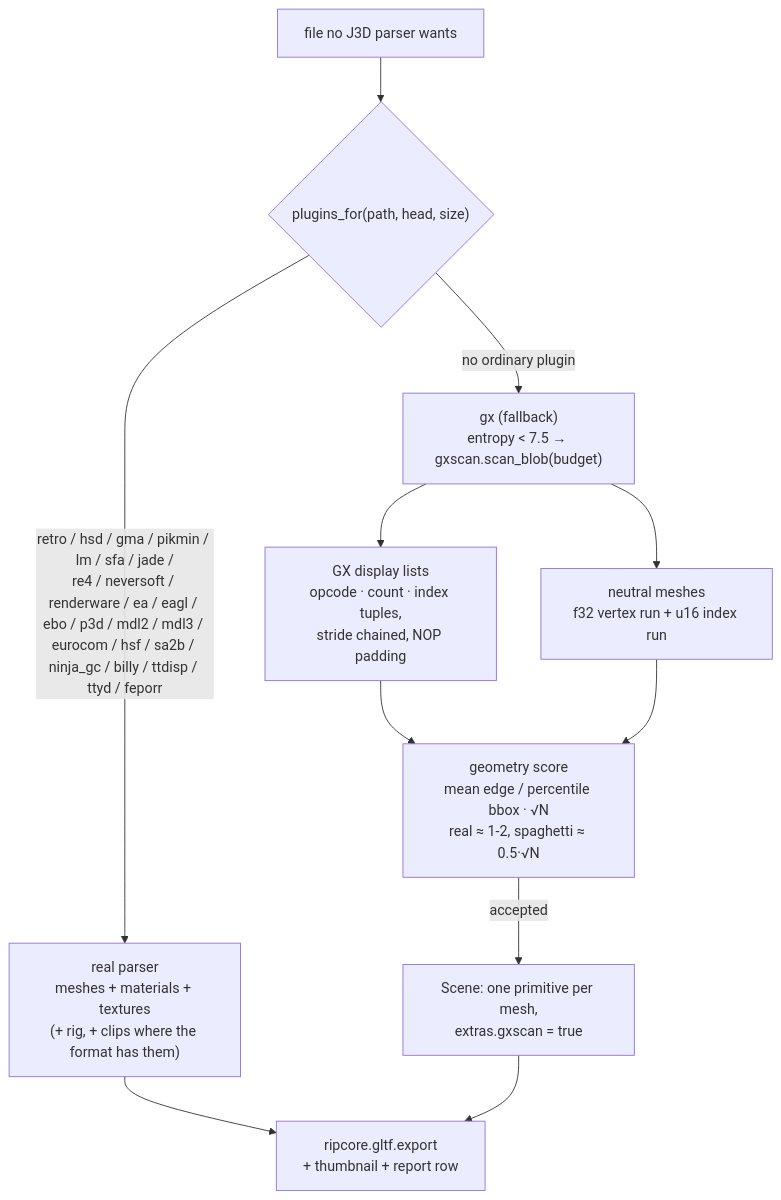
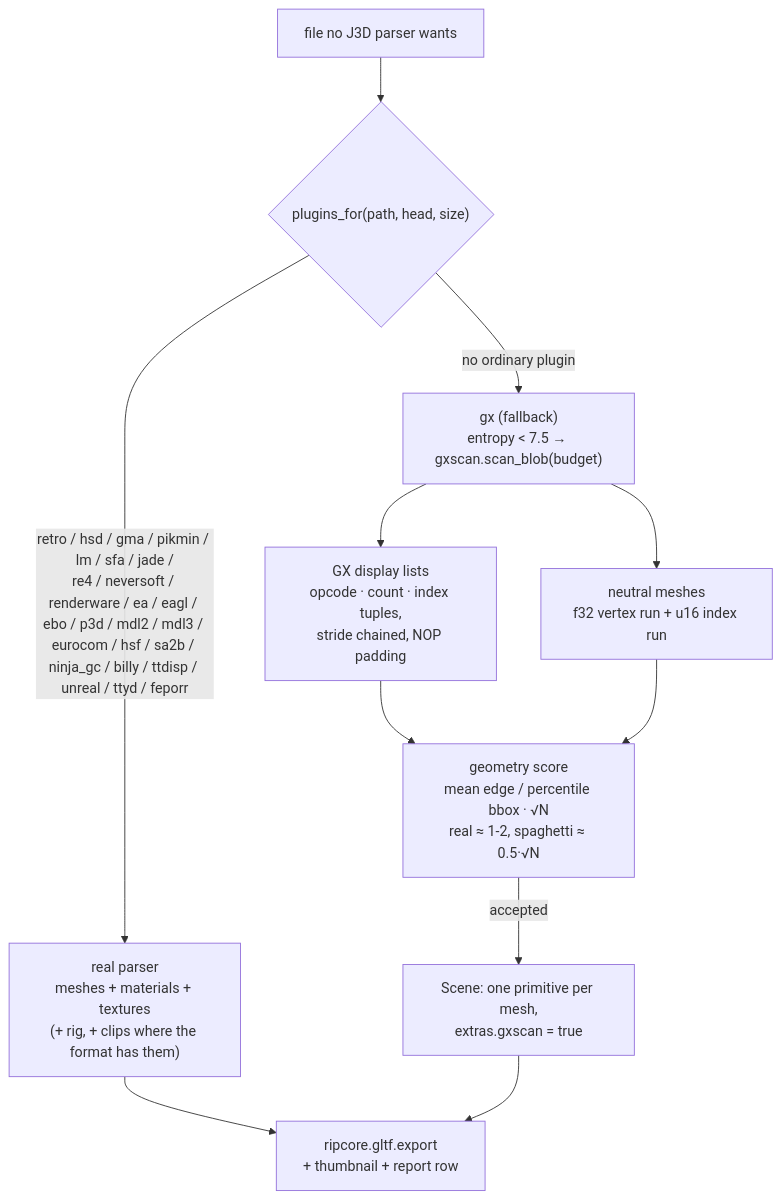
Before and after one commit to Felbs/3d-ripper-9000: the ninth of 9 diagrams in docs/PIPELINE.md, drawn with Mermaid. The commit also changed other lines of this file and 2 other files, not shown here.

First line of the commit message:
docs: Unreal Engine 2 (Ubisoft) packages in the formats ledger, engine map and Ubisoft note

````diff
--- a/docs/PIPELINE.md
+++ b/docs/PIPELINE.md
@@ -221,11 +222,11 @@
 ```mermaid
 flowchart TD
     F["file no J3D parser wants"] --> D{"plugins_for(path, head, size)"}
-    D -->|"retro / hsd / gma / pikmin / lm / sfa / jade /<br/>re4 / neversoft / renderware / ea / eagl / ebo / p3d / mdl2 / mdl3 / eurocom / hsf / sa2b / ninja_gc / billy / ttdisp / ttyd / feporr"| R["real parser<br/>meshes + materials + textures<br/>(+ rig, + clips where the format has them)"]
+    D -->|"retro / hsd / gma / pikmin / lm / sfa / jade /<br/>re4 / neversoft / renderware / ea / eagl / ebo / p3d / mdl2 / mdl3 / eurocom / hsf / sa2b / ninja_gc / billy / ttdisp / unreal / ttyd / feporr"| R["real parser<br/>meshes + materials + textures<br/>(+ rig, + clips where the format has them)"]
     D -->|"no ordinary plugin"| S["gx (fallback)<br/>entropy < 7.5 → gxscan.scan_blob(budget)"]
     S --> L["GX display lists<br/>opcode · count · index tuples,<br/>stride chained, NOP padding"]
     S --> N["neutral meshes<br/>f32 vertex run + u16 index run"]
     L & N --> SC["geometry score<br/>mean edge / percentile bbox · √N<br/>real ≈ 1-2, spaghetti ≈ 0.5·√N"]
     SC -->|"accepted"| M["Scene: one primitive per mesh,<br/>extras.gxscan = true"]
     R & M --> E["ripcore.gltf.export<br/>+ thumbnail + report row"]
 ```
````
